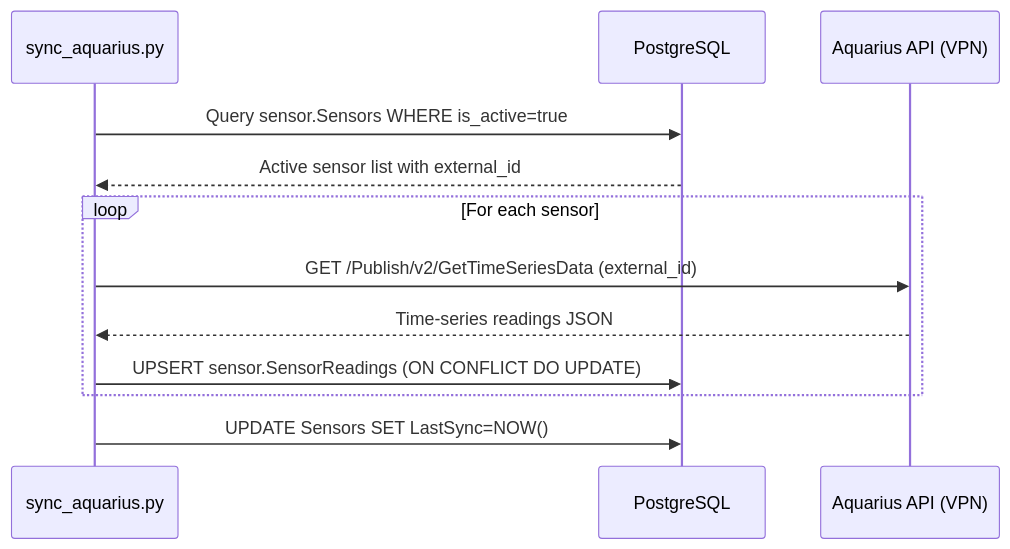
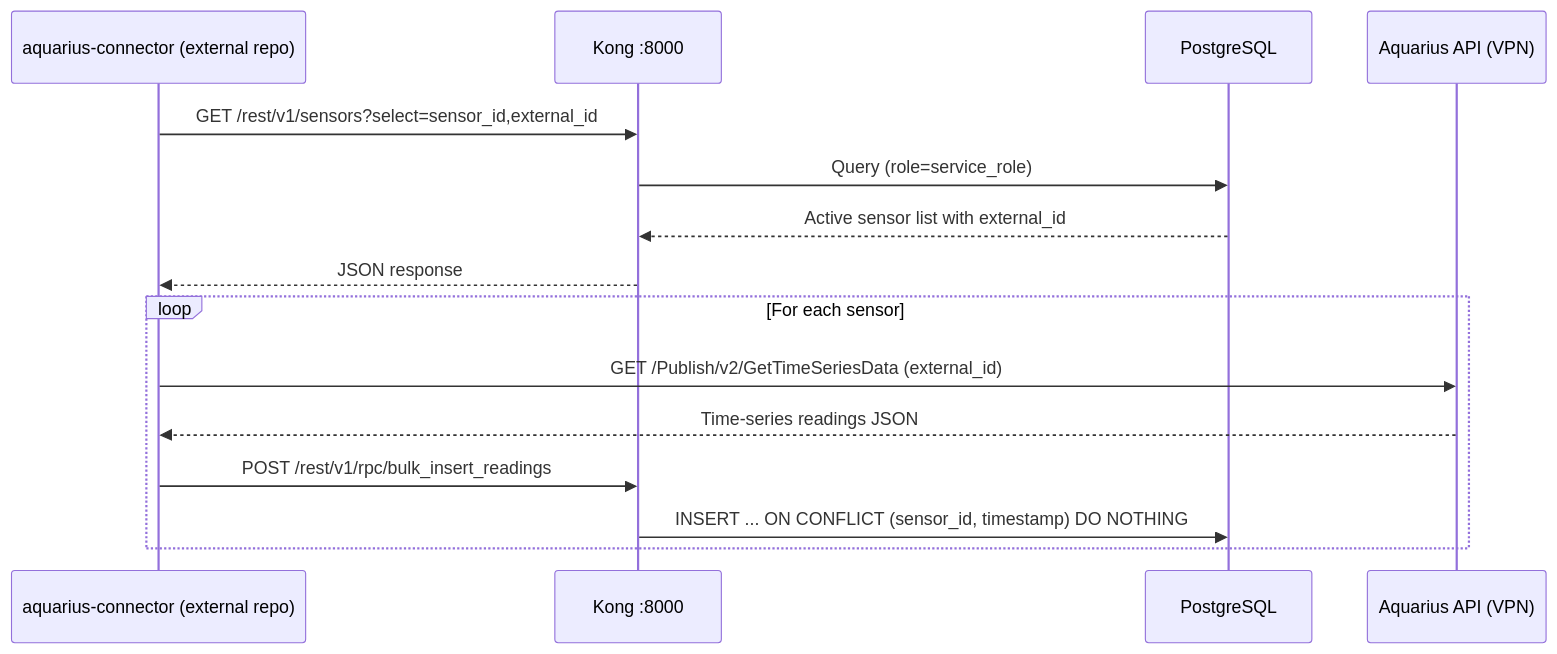
One commit to XRFutureForests/digital-twin-db changed the sixth of 8 diagrams in docs/architecture.md. Above: the diagram before and after it, drawn with Mermaid. The commit also changed other lines of this file and 16 other files, not shown here.

First line of the commit message:
docs: bring documentation in line with the restructured schema

````diff
--- a/docs/architecture.md
+++ b/docs/architecture.md
@@ -314,15 +326,18 @@
 ```mermaid
 sequenceDiagram
-    participant Script as sync_aquarius.py
+    participant Script as aquarius-connector (external repo)
+    participant Kong as Kong :8000
     participant PG as PostgreSQL
     participant AQ as Aquarius API (VPN)
 
-    Script->>PG: Query sensor.Sensors WHERE is_active=true
-    PG-->>Script: Active sensor list with external_id
+    Script->>Kong: GET /rest/v1/sensors?select=sensor_id,external_id
+    Kong->>PG: Query (role=service_role)
+    PG-->>Kong: Active sensor list with external_id
+    Kong-->>Script: JSON response
     loop For each sensor
         Script->>AQ: GET /Publish/v2/GetTimeSeriesData (external_id)
         AQ-->>Script: Time-series readings JSON
-        Script->>PG: UPSERT sensor.SensorReadings (ON CONFLICT DO UPDATE)
+        Script->>Kong: POST /rest/v1/rpc/bulk_insert_readings
+        Kong->>PG: INSERT ... ON CONFLICT (sensor_id, timestamp) DO NOTHING
     end
-    Script->>PG: UPDATE Sensors SET LastSync=NOW()
 ```
````
